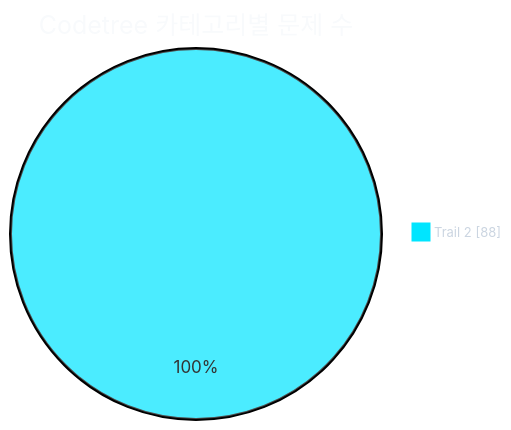
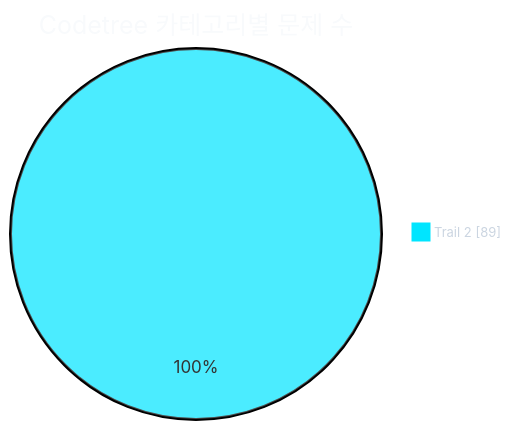
The first of 2 diagrams in readme.md (CHOOSLA/Algorithm), drawn with Mermaid before and after one commit. The commit also changed other lines of this file and 2 other files, not shown here.

````diff
--- a/readme.md
+++ b/readme.md
@@ -31,21 +31,21 @@
 ```mermaid
 ---
 config:
   theme: base
   themeVariables:
     background: '#0d1117'
     pieTitleTextColor: '#f8fafc'
     pieLegendTextColor: '#cbd5e1'
     pieLegendTextSize: '13px'
     pie1: '#00e5ff'
     pie2: '#22c55e'
     pie3: '#f59e0b'
     pie4: '#a855f7'
     pie5: '#ec4899'
     pie6: '#3b82f6'
     pie7: '#64748b'
 ---
 pie showData
   title Codetree 카테고리별 문제 수
-  "Trail 2" : 88
+  "Trail 2" : 89
 ```
````
